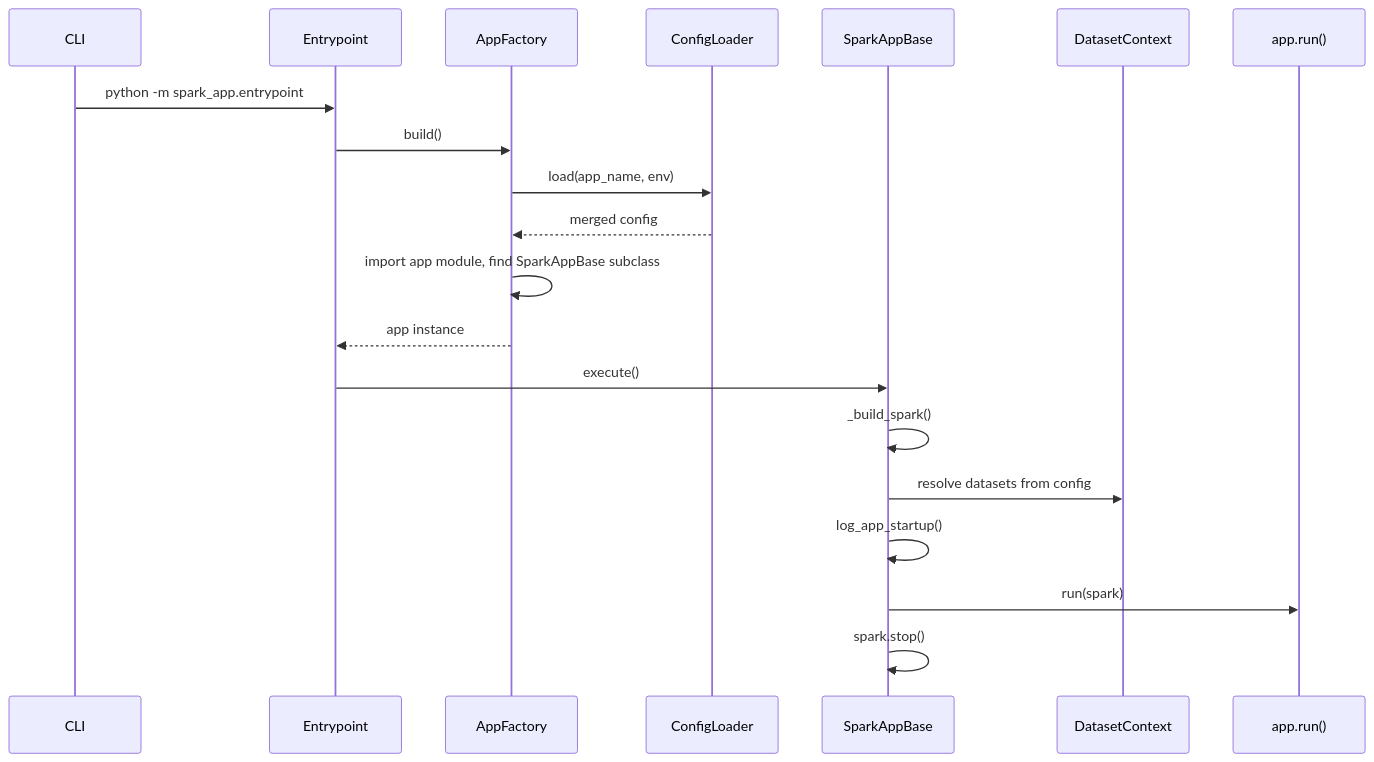
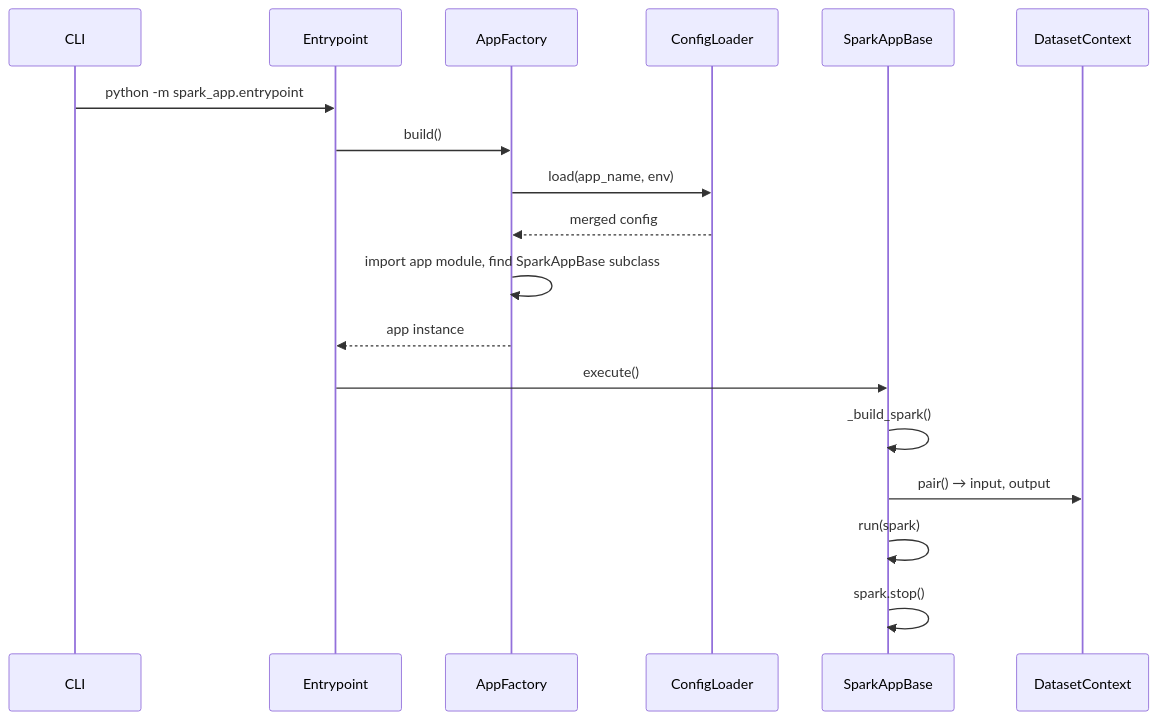
The diagram in docs/spark-app-framework.md (revelly-io/data-platform), drawn with Mermaid before and after one commit. The commit also changed other lines of this file and 2 other files, not shown here.

````diff
--- a/docs/spark-app-framework.md
+++ b/docs/spark-app-framework.md
@@ -39,23 +39,21 @@
 ```mermaid
 sequenceDiagram
     participant CLI
     participant Entrypoint
     participant AppFactory
     participant ConfigLoader
     participant SparkAppBase
     participant DatasetContext
-    participant App as app.run()
 
     CLI->>Entrypoint: python -m spark_app.entrypoint
     Entrypoint->>AppFactory: build()
     AppFactory->>ConfigLoader: load(app_name, env)
     ConfigLoader-->>AppFactory: merged config
     AppFactory->>AppFactory: import app module, find SparkAppBase subclass
     AppFactory-->>Entrypoint: app instance
     Entrypoint->>SparkAppBase: execute()
     SparkAppBase->>SparkAppBase: _build_spark()
-    SparkAppBase->>DatasetContext: resolve datasets from config
-    SparkAppBase->>SparkAppBase: log_app_startup()
-    SparkAppBase->>App: run(spark)
+    SparkAppBase->>DatasetContext: pair() → input, output
+    SparkAppBase->>SparkAppBase: run(spark)
     SparkAppBase->>SparkAppBase: spark.stop()
 ```
````
